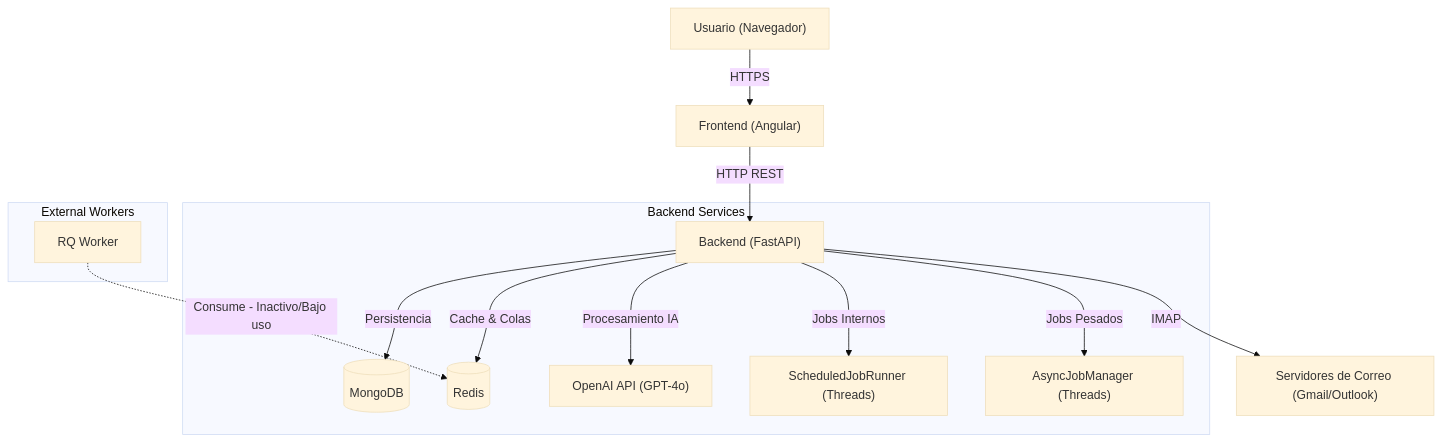
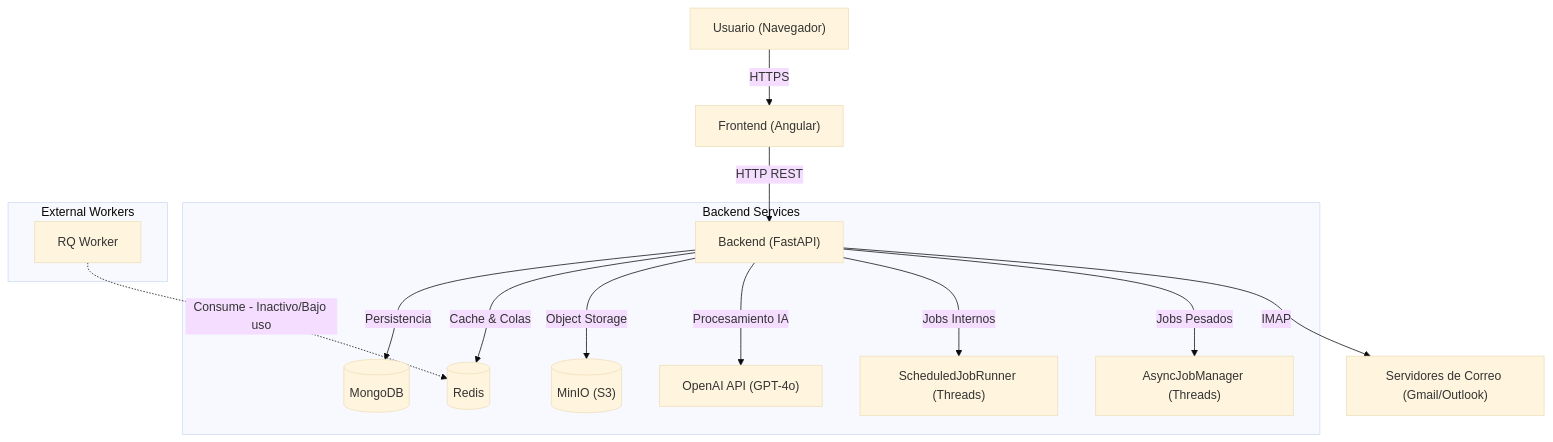
One commit to poravv/cuenly-app changed the first of 4 diagrams in technical_docs.md. Above: the diagram before and after it, drawn with Mermaid (base theme). The commit also changed other lines of this file, not shown here.

````diff
--- a/technical_docs.md
+++ b/technical_docs.md
@@ -9,20 +9,21 @@
 ```mermaid
 graph TD
     User["Usuario (Navegador)"] -->|HTTPS| Frontend["Frontend (Angular)"]
     Frontend -->|HTTP REST| Backend["Backend (FastAPI)"]
     
     subgraph "Backend Services"
         Backend -->|Persistencia| MongoDB[("MongoDB")]
         Backend -->|Cache & Colas| Redis[("Redis")]
+        Backend -->|Object Storage| MinIO[("MinIO (S3)")]
         Backend -->|Procesamiento IA| OpenAI["OpenAI API (GPT-4o)"]
         
         Backend -->|Jobs Internos| SchedulerThread["ScheduledJobRunner (Threads)"]
         Backend -->|Jobs Pesados| AsyncJobWorker["AsyncJobManager (Threads)"]
     end
     
     subgraph "External Workers"
         Worker["RQ Worker"] -.->|Consume - Inactivo/Bajo uso| Redis
     end
     
     Backend -->|IMAP| EmailServers["Servidores de Correo (Gmail/Outlook)"]
 ```
````
